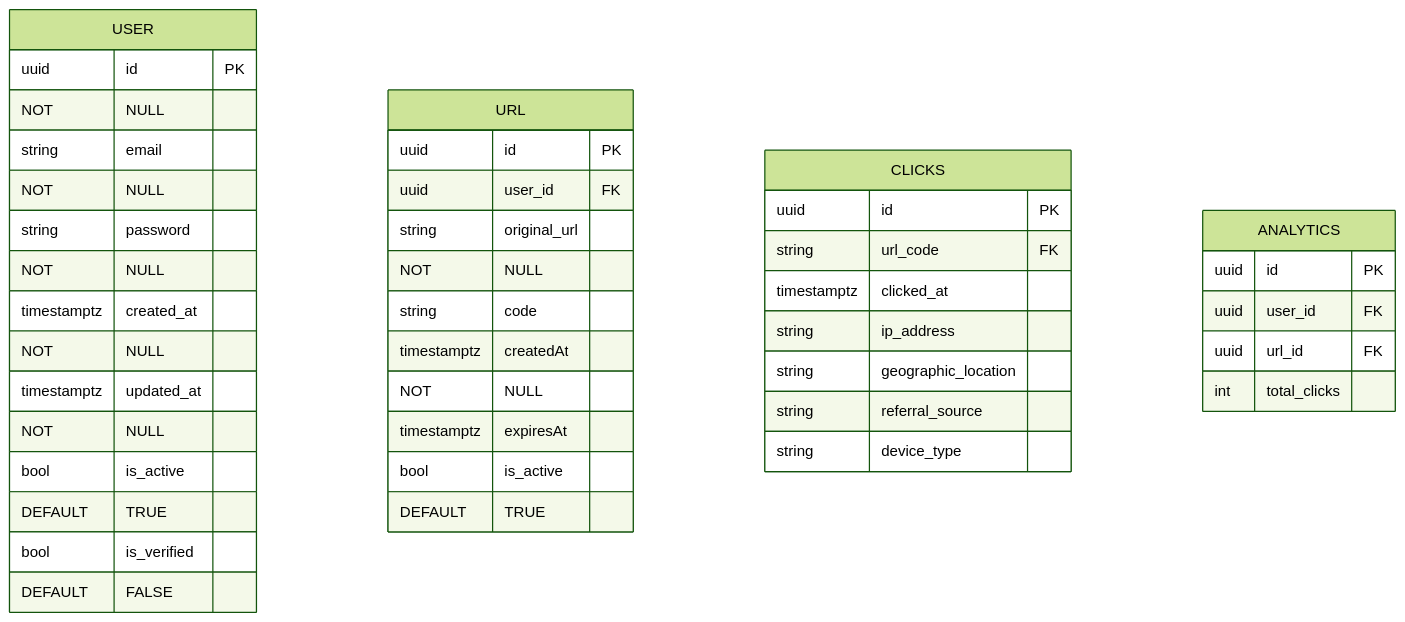
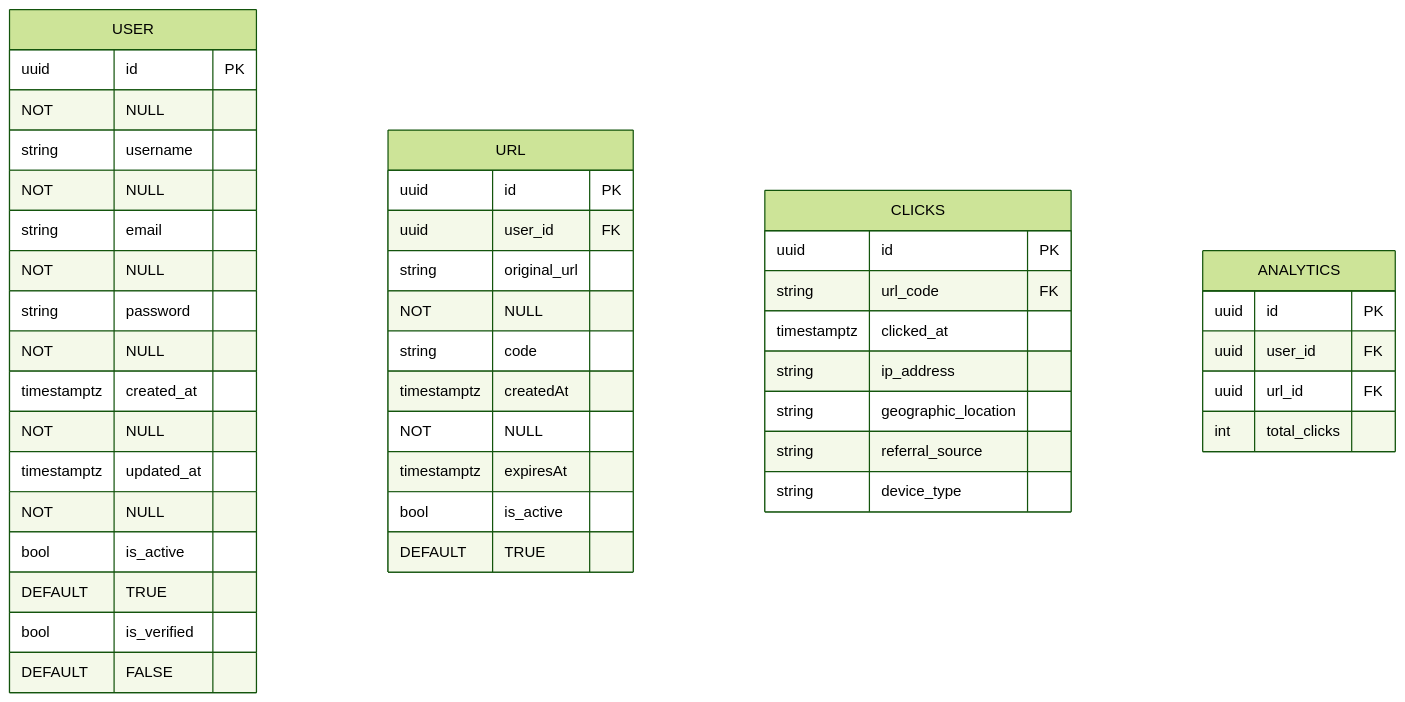
The first of 2 diagrams in design.md (Towbee05/advanced-url-shortener), drawn with Mermaid (forest theme) before and after one commit. The commit also changed 17 other files, not shown here.

````diff
--- a/design.md
+++ b/design.md
@@ -204,36 +204,37 @@
 ```mermaid
 erDiagram
     USER {
         uuid id PK NOT NULL
+        string username NOT NULL
         string email NOT NULL
         string password NOT NULL
         timestamptz created_at NOT NULL
         timestamptz updated_at NOT NULL
         bool is_active DEFAULT TRUE
         bool is_verified DEFAULT FALSE
     }
     URL {
         uuid id PK
         uuid user_id FK
         string original_url NOT NULL
         string code
         timestamptz createdAt NOT NULL
         timestamptz expiresAt
         bool is_active DEFAULT TRUE
     }
     CLICKS {
         uuid id PK
         string url_code FK
         timestamptz clicked_at
         string ip_address
         string geographic_location
         string referral_source
         string device_type
     }
     ANALYTICS {
         uuid id PK
         uuid user_id FK
         uuid url_id FK
         int total_clicks
     }
 ```
````
